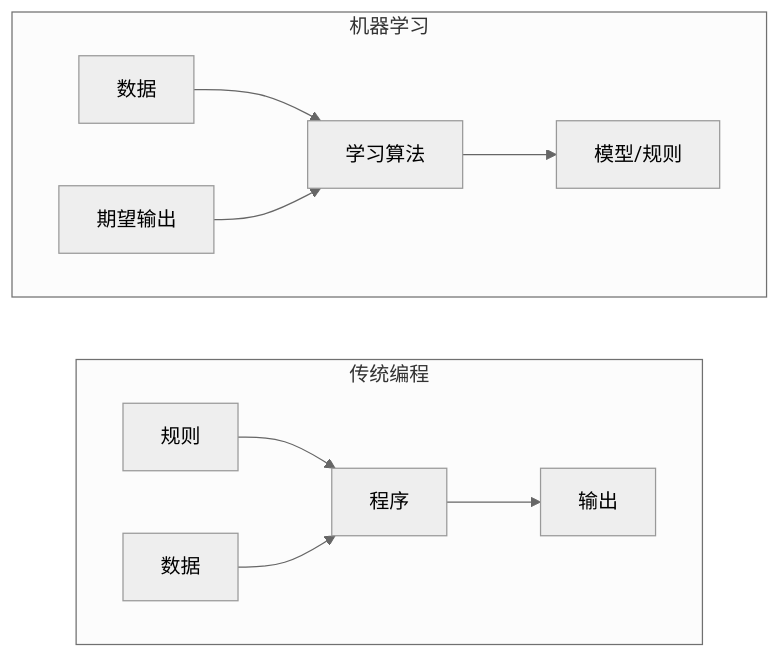
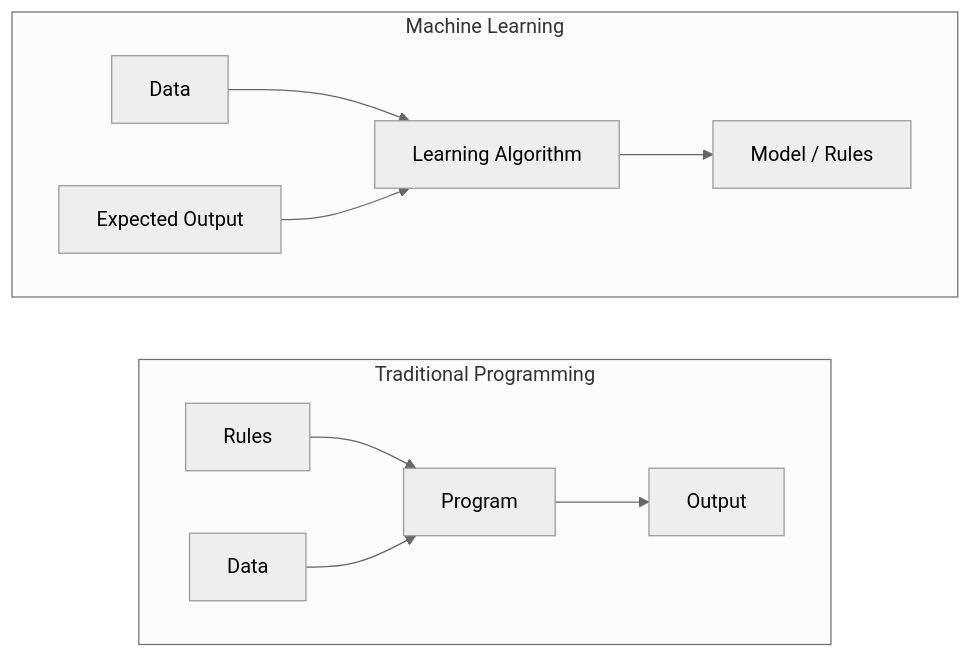
The first of 6 diagrams in i18n/zh/phases/02-ml-fundamentals/01-what-is-machine-learning/docs/zh.md (xiaojiaenen/ai-engineering-from-scratch-zh), drawn with Mermaid (neutral theme) before and after one commit. The commit also changed other lines of this file and 18 other files, not shown here.

````diff
--- a/i18n/zh/phases/02-ml-fundamentals/01-what-is-machine-learning/docs/zh.md
+++ b/i18n/zh/phases/02-ml-fundamentals/01-what-is-machine-learning/docs/zh.md
@@ -31,16 +31,16 @@
 ```mermaid
 flowchart LR
-    subgraph Traditional["传统编程"]
+    subgraph Traditional["Traditional Programming"]
         direction LR
-        R[规则] --> P1[程序]
-        D1[数据] --> P1
-        P1 --> O1[输出]
+        R[Rules] --> P1[Program]
+        D1[Data] --> P1
+        P1 --> O1[Output]
     end
 
-    subgraph ML["机器学习"]
+    subgraph ML["Machine Learning"]
         direction LR
-        D2[数据] --> P2[学习算法]
-        O2[期望输出] --> P2
-        P2 --> M[模型/规则]
+        D2[Data] --> P2[Learning Algorithm]
+        O2[Expected Output] --> P2
+        P2 --> M[Model / Rules]
     end
 ```
````
